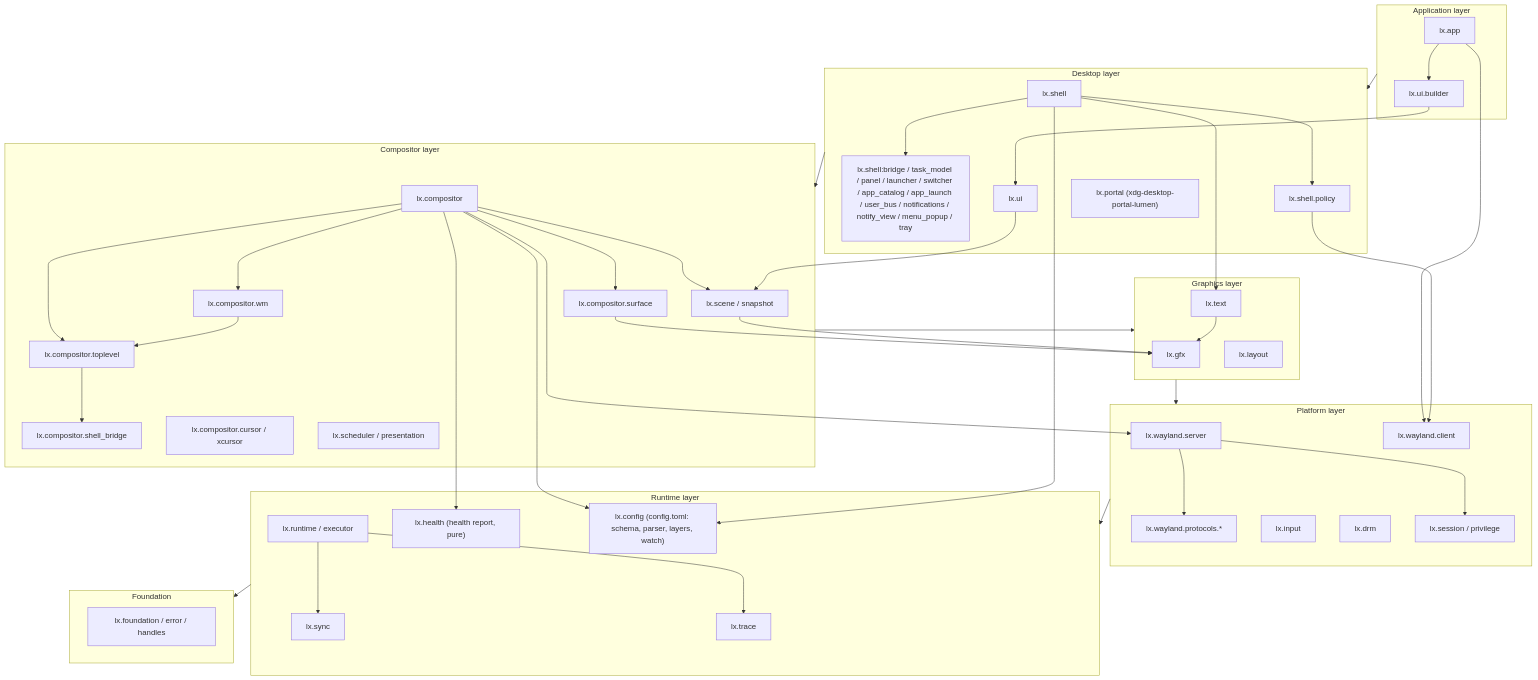
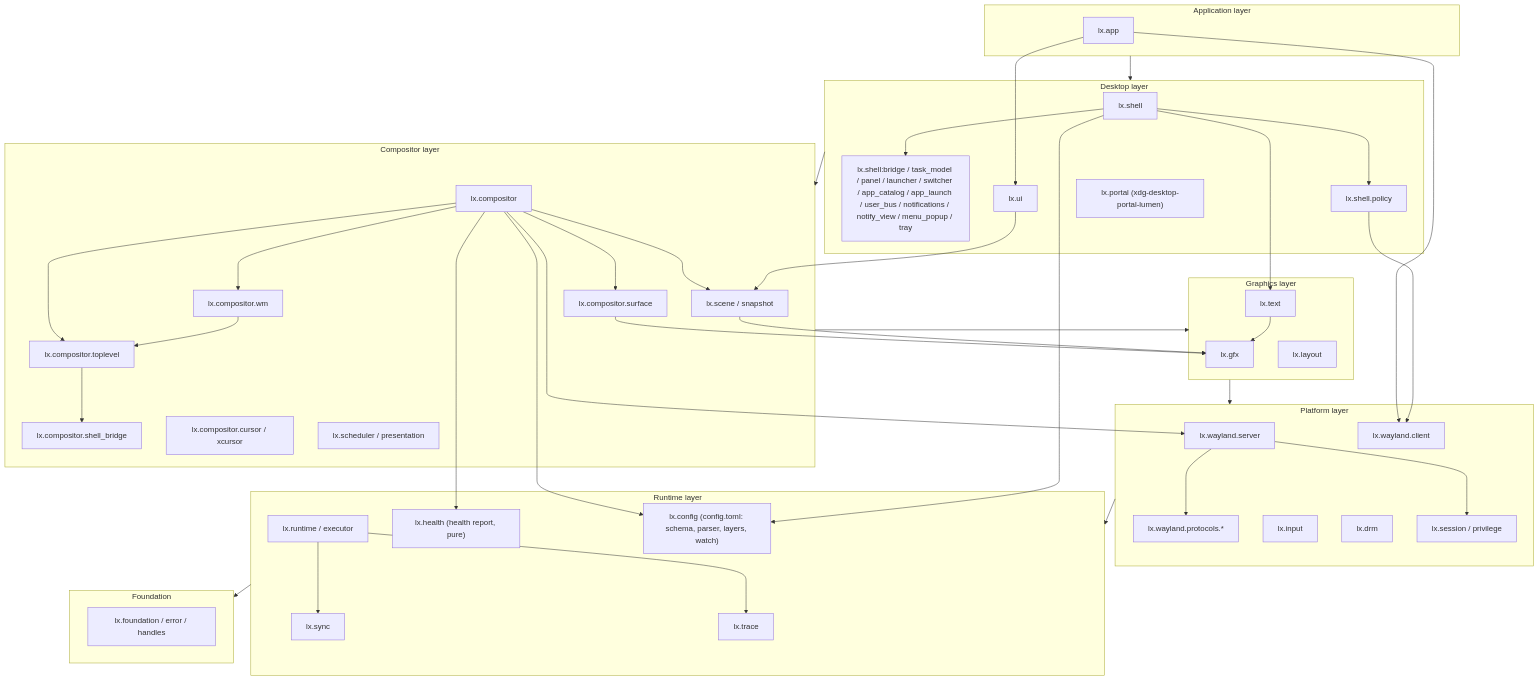
One commit to dimmus/lumen changed the second of 9 diagrams in docs/architecture.md. Above: the diagram before and after it, drawn with Mermaid. The commit also changed other lines of this file and 34 other files, not shown here.

````diff
--- a/docs/architecture.md
+++ b/docs/architecture.md
@@ -307,78 +307,77 @@
 ```mermaid
 flowchart TB
     subgraph L6["Application layer"]
         APP["lx.app"]
-        UIB["lx.ui.builder"]
     end
 
     subgraph L5["Desktop layer"]
         SH["lx.shell"]
         SHB["lx.shell:bridge / task_model / panel / launcher / switcher / app_catalog / app_launch / user_bus / notifications / notify_view / menu_popup / tray"]
         SHP["lx.shell.policy"]
         UI["lx.ui"]
         PORTAL["lx.portal (xdg-desktop-portal-lumen)"]
     end
 
     subgraph L4["Compositor layer"]
         COMP["lx.compositor"]
         CTOP["lx.compositor.toplevel"]
         CWM["lx.compositor.wm"]
         CBR["lx.compositor.shell_bridge"]
         CSURF["lx.compositor.surface"]
         CCUR["lx.compositor.cursor / xcursor"]
         SCENE["lx.scene / snapshot"]
         SCHED["lx.scheduler / presentation"]
     end
 
     subgraph L3["Graphics layer"]
         GFX["lx.gfx"]
         TEXT["lx.text"]
         LAY["lx.layout"]
     end
 
     subgraph L2["Platform layer"]
         WLS["lx.wayland.server"]
         WLC["lx.wayland.client"]
         WLPR["lx.wayland.protocols.*"]
         INP["lx.input"]
         DRM["lx.drm"]
         SESS["lx.session / privilege"]
     end
 
     subgraph L1["Runtime layer"]
         RT["lx.runtime / executor"]
         SYNC["lx.sync"]
         TRACE["lx.trace"]
         HEALTH["lx.health (health report, pure)"]
         CONFIG["lx.config (config.toml: schema, parser, layers, watch)"]
     end
 
     subgraph L0["Foundation"]
         FOUND["lx.foundation / error / handles"]
     end
 
-    APP --> UIB --> UI
+    APP --> UI
     APP --> WLC
     SH --> SHB
     SH --> SHP --> WLC
     SH --> TEXT
     TEXT --> GFX
     COMP --> WLS --> WLPR
     COMP --> CTOP --> CBR
     COMP --> CWM --> CTOP
     COMP --> CSURF --> GFX
     COMP --> SCENE --> GFX
     UI --> SCENE
     WLS --> SESS
     COMP --> HEALTH
     COMP --> CONFIG
     SH --> CONFIG
     RT --> SYNC
     RT --> TRACE
     L1 --> L0
     L2 --> L1
     L3 --> L2
     L4 --> L3
     L5 --> L4
     L6 --> L5
 ```
````
